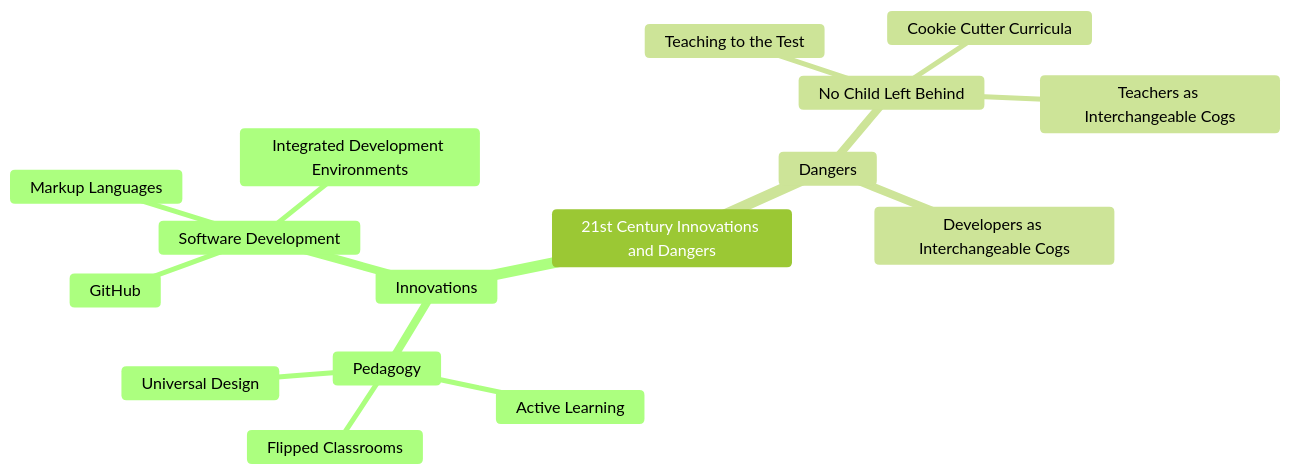
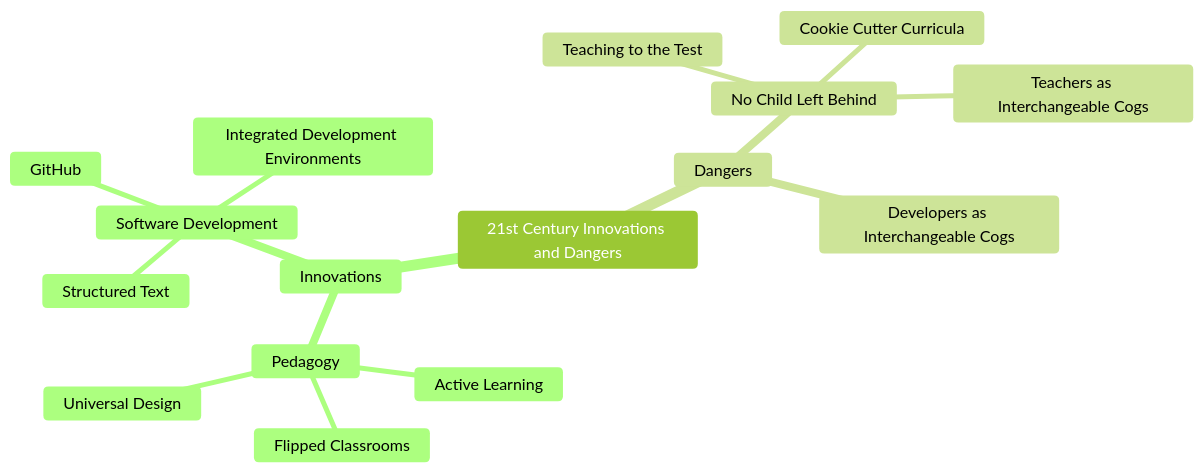
The first of 4 diagrams in README.md (marshallflax/vision), drawn with Mermaid before and after one commit. The commit also changed other lines of this file, not shown here.

````diff
--- a/README.md
+++ b/README.md
@@ -3,21 +3,21 @@
 ```mermaid
 %%{init:{'theme':'forest'}}%%
 
 mindmap
  21st Century Innovations and Dangers
   Innovations
    Pedagogy
     Active Learning
     Flipped Classrooms
     Universal Design
    Software Development
     GitHub
-    Markup Languages
+    Structured Text
     Integrated Development Environments
   Dangers
    No Child Left Behind
     Teaching to the Test
     Cookie Cutter Curricula 
     Teachers as Interchangeable Cogs
    Developers as Interchangeable Cogs
 ```
````
